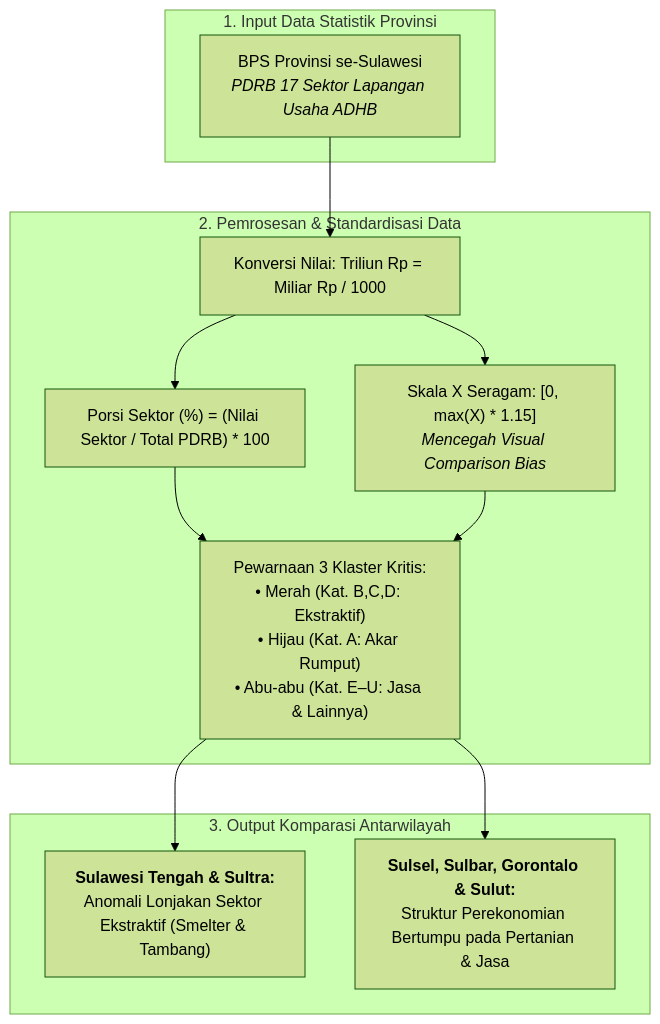
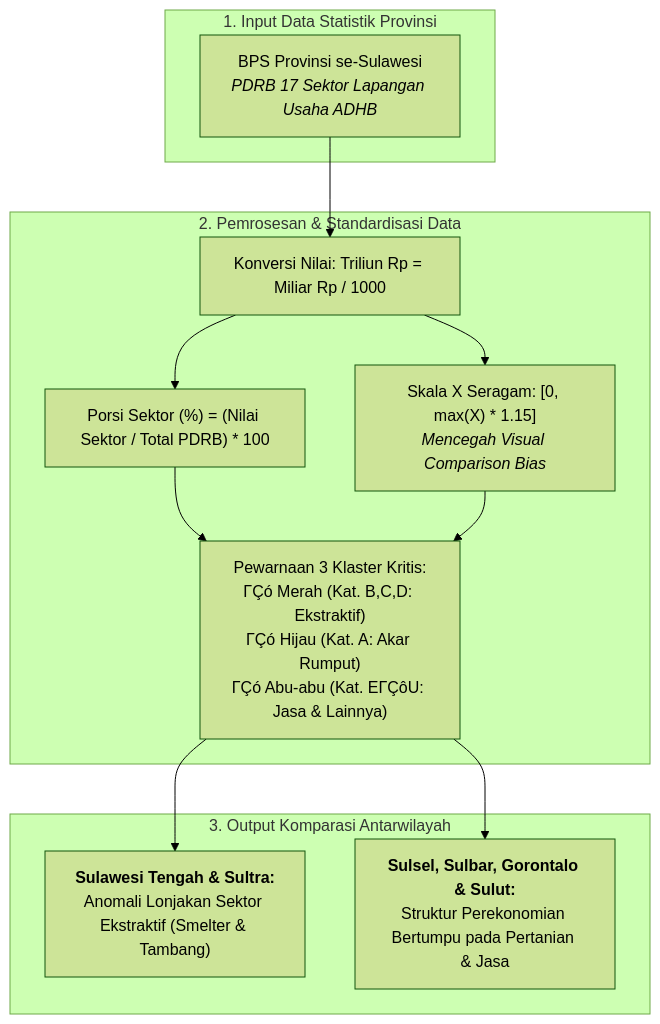
One commit to HenryAi-SIBERMU/ECC changed the third of 4 diagrams in tools/report_metodologi/Metodologi_Bab1_Ekspansi_Industri.md. Above: the diagram before and after it, drawn with Mermaid (forest theme). The commit also changed other lines of this file and 54 other files, not shown here.

````diff
--- a/tools/report_metodologi/Metodologi_Bab1_Ekspansi_Industri.md
+++ b/tools/report_metodologi/Metodologi_Bab1_Ekspansi_Industri.md
@@ -226,26 +226,26 @@
 ```mermaid
 graph TD
     subgraph Input_Data["1. Input Data Statistik Provinsi"]
         A["BPS Provinsi se-Sulawesi<br/><i>PDRB 17 Sektor Lapangan Usaha ADHB</i>"]
     end
 
     subgraph Standardisasi["2. Pemrosesan & Standardisasi Data"]
         B["Konversi Nilai: Triliun Rp = Miliar Rp / 1000"]
         C["Porsi Sektor (%) = (Nilai Sektor / Total PDRB) * 100"]
         D["Skala X Seragam: [0, max(X) * 1.15]<br/><i>Mencegah Visual Comparison Bias</i>"]
-        E["Pewarnaan 3 Klaster Kritis:<br/>• Merah (Kat. B,C,D: Ekstraktif)<br/>• Hijau (Kat. A: Akar Rumput)<br/>• Abu-abu (Kat. E–U: Jasa & Lainnya)"]
+        E["Pewarnaan 3 Klaster Kritis:<br/>ΓÇó Merah (Kat. B,C,D: Ekstraktif)<br/>ΓÇó Hijau (Kat. A: Akar Rumput)<br/>ΓÇó Abu-abu (Kat. EΓÇôU: Jasa & Lainnya)"]
     end
 
     subgraph Komparasi_Regional["3. Output Komparasi Antarwilayah"]
         F["<b>Sulawesi Tengah & Sultra:</b><br/>Anomali Lonjakan Sektor Ekstraktif (Smelter & Tambang)"]
         G["<b>Sulsel, Sulbar, Gorontalo & Sulut:</b><br/>Struktur Perekonomian Bertumpu pada Pertanian & Jasa"]
     end
 
     A --> B
     B --> C
     B --> D
     C --> E
     D --> E
     E --> F
     E --> G
 ```
````
